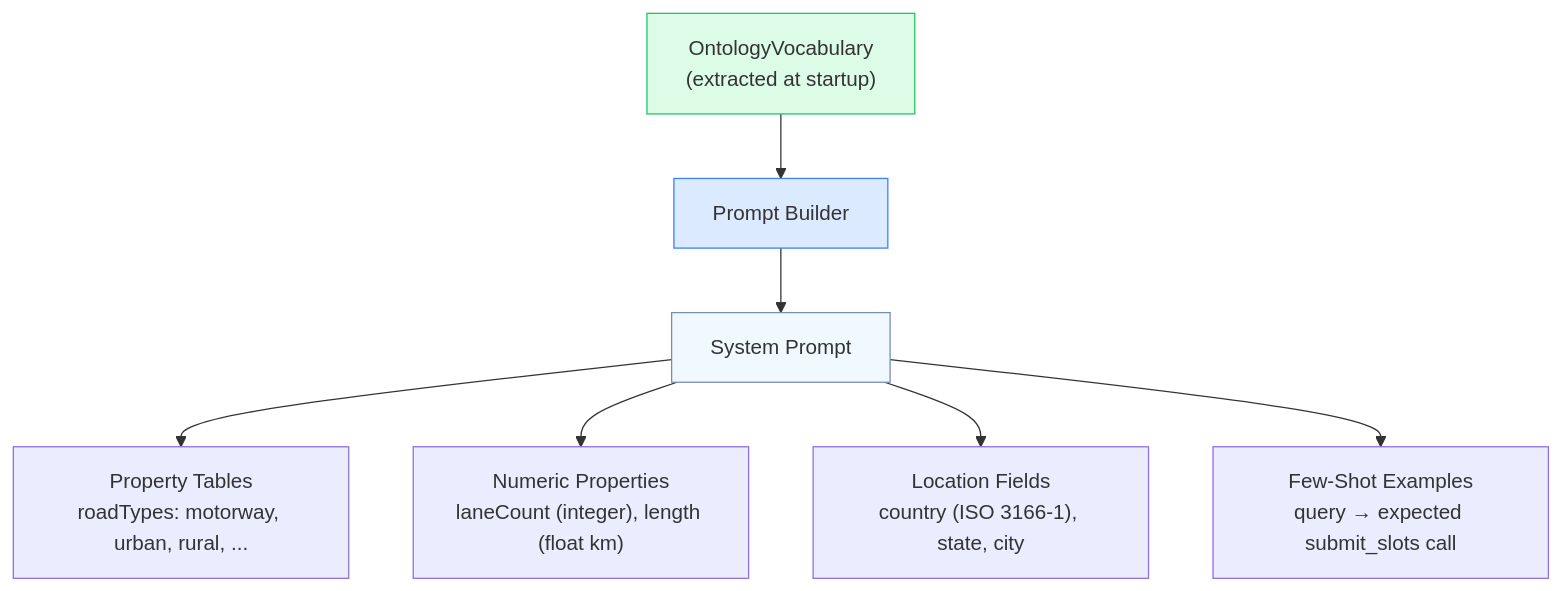
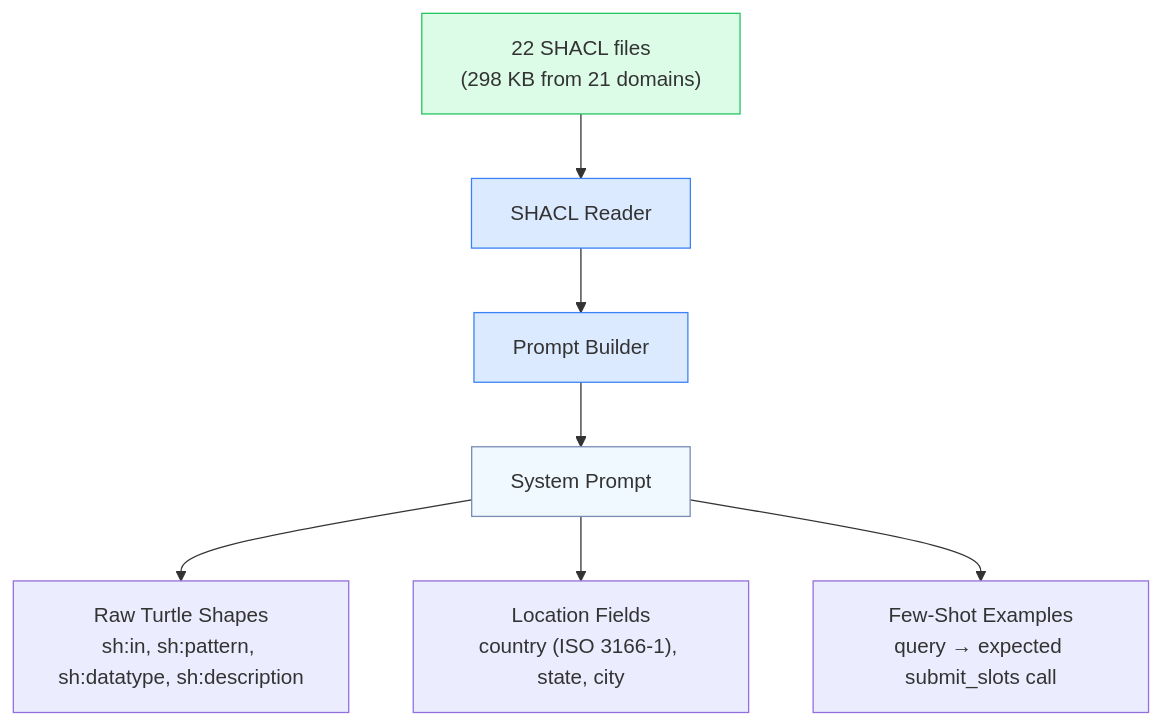
The second of 3 diagrams in apps/docs/agent.md (ASCS-eV/ontology-based-nl-search), drawn with Mermaid before and after one commit. The commit also changed other lines of this file and 11 other files, not shown here.

First line of the commit message:
feat: replace vocabulary tables with raw SHACL injection in LLM prompt

````diff
--- a/apps/docs/agent.md
+++ b/apps/docs/agent.md
@@ -56,13 +56,14 @@
 ```mermaid
 graph TD
-    OV["OntologyVocabulary<br/>(extracted at startup)"] --> PB["Prompt Builder"]
+    TTL["22 SHACL files<br/>(298 KB from 21 domains)"] --> SR["SHACL Reader"]
+    SR --> PB["Prompt Builder"]
     PB --> SP["System Prompt"]
-    SP --> PT["Property Tables<br/>roadTypes: motorway, urban, rural, ..."]
-    SP --> NP["Numeric Properties<br/>laneCount (integer), length (float km)"]
+    SP --> RAW["Raw Turtle Shapes<br/>sh:in, sh:pattern, sh:datatype, sh:description"]
     SP --> LOC["Location Fields<br/>country (ISO 3166-1), state, city"]
     SP --> EX["Few-Shot Examples<br/>query → expected submit_slots call"]
 
-    style OV fill:#dcfce7,stroke:#22c55e
+    style TTL fill:#dcfce7,stroke:#22c55e
+    style SR fill:#dbeafe,stroke:#3b82f6
     style PB fill:#dbeafe,stroke:#3b82f6
     style SP fill:#f0f9ff,stroke:#798bb3
 ```
````
